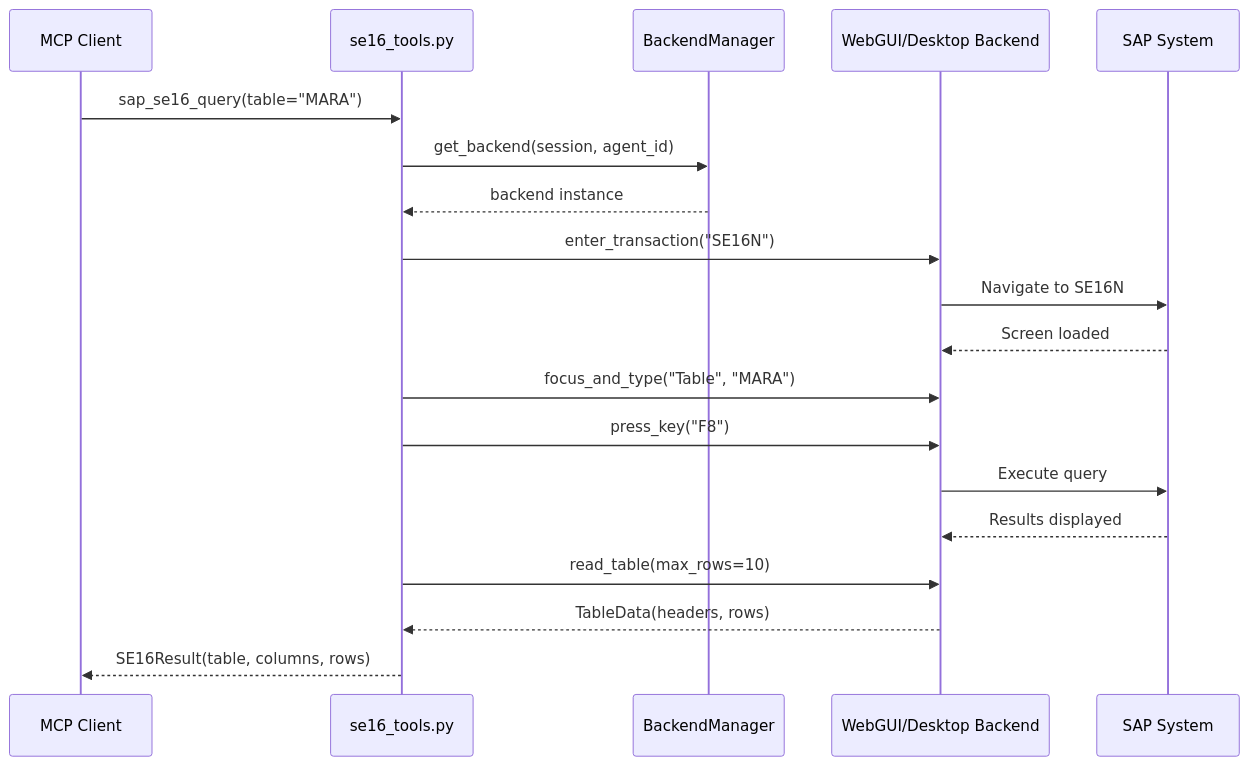
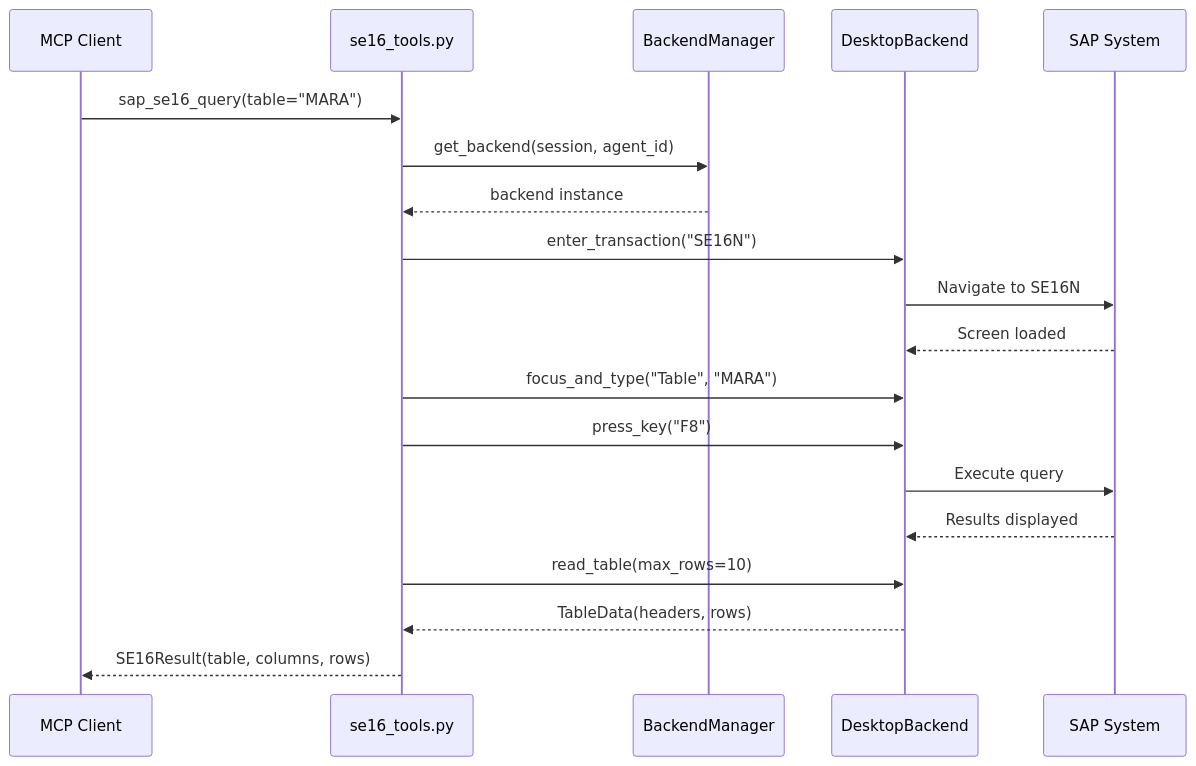
Before and after one commit to Hochfrequenz/sapgui.mcp: the second of 2 diagrams in ARCHITECTURE.md, drawn with Mermaid. The commit also changed other lines of this file and 45 other files, not shown here.

````diff
--- a/ARCHITECTURE.md
+++ b/ARCHITECTURE.md
@@ -51,22 +44,22 @@
 ```mermaid
 sequenceDiagram
     participant LLM as MCP Client
     participant Tool as se16_tools.py
     participant Mgr as BackendManager
-    participant BE as WebGUI/Desktop Backend
+    participant BE as DesktopBackend
     participant SAP as SAP System
 
     LLM->>Tool: sap_se16_query(table="MARA")
     Tool->>Mgr: get_backend(session, agent_id)
     Mgr-->>Tool: backend instance
     Tool->>BE: enter_transaction("SE16N")
     BE->>SAP: Navigate to SE16N
     SAP-->>BE: Screen loaded
     Tool->>BE: focus_and_type("Table", "MARA")
     Tool->>BE: press_key("F8")
     BE->>SAP: Execute query
     SAP-->>BE: Results displayed
     Tool->>BE: read_table(max_rows=10)
     BE-->>Tool: TableData(headers, rows)
     Tool-->>LLM: SE16Result(table, columns, rows)
 ```
````
